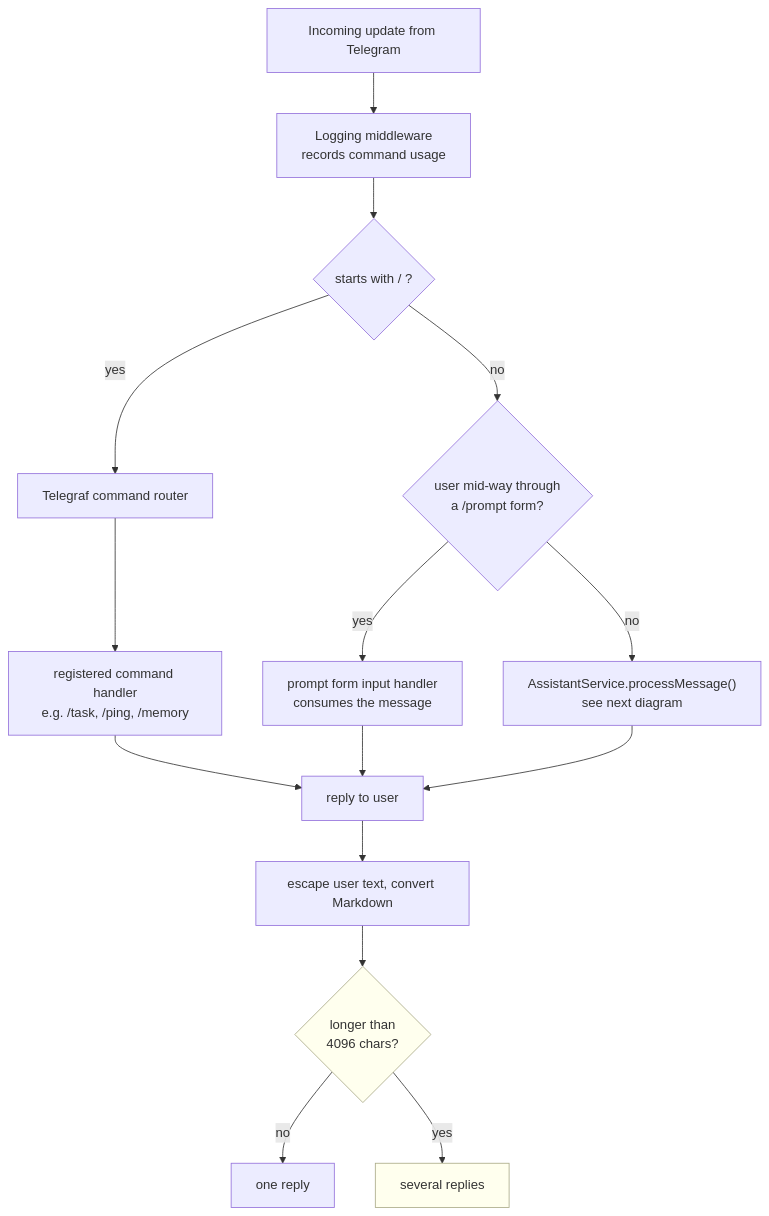
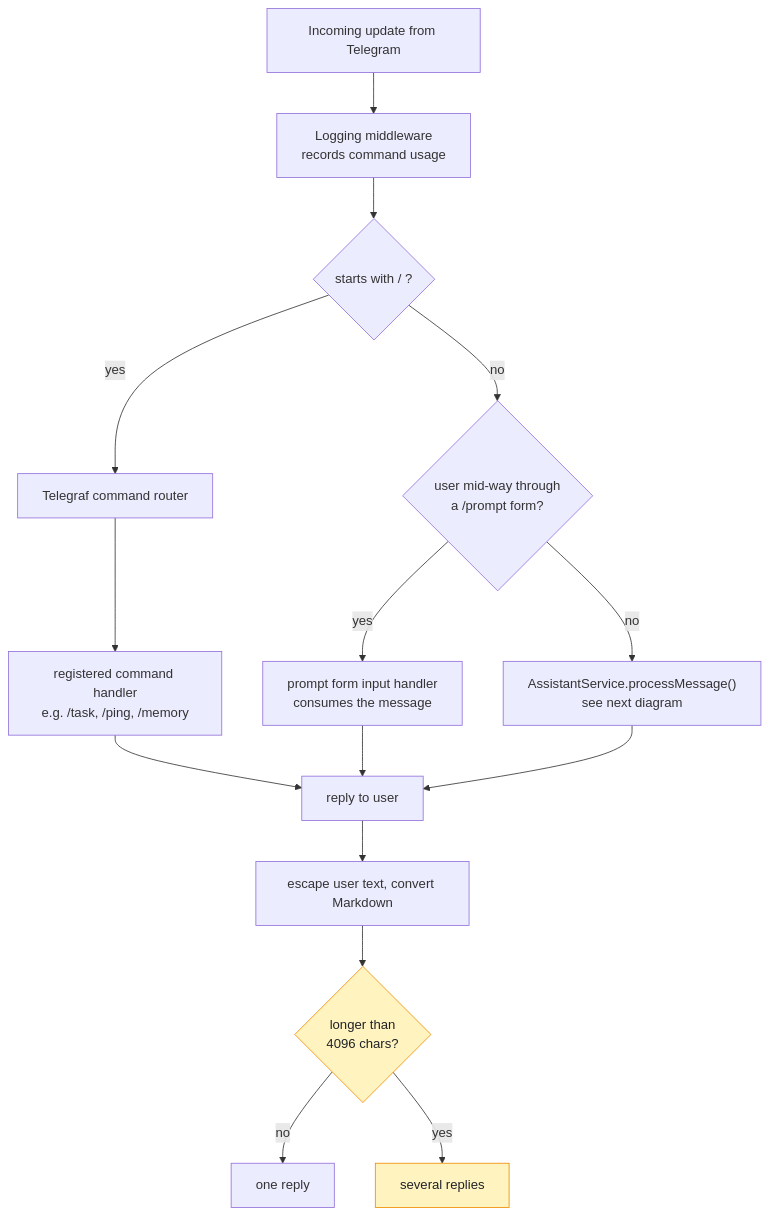
Before and after one commit to e1010101/my-helper: the third of 11 diagrams in docs/architecture.md, drawn with Mermaid. The commit also changed other lines of this file and 9 other files, not shown here.

First line of the commit message:
docs: add GitNexus guidance and correct architecture gaps

````diff
--- a/docs/architecture.md
+++ b/docs/architecture.md
@@ -166,26 +166,26 @@
 ```mermaid
 flowchart TD
     Update["Incoming update from Telegram"]
 
     Update --> Middleware["Logging middleware<br/>records command usage"]
     Middleware --> IsCommand{"starts with / ?"}
 
     IsCommand -->|yes| Router["Telegraf command router"]
     Router --> Command["registered command handler<br/>e.g. /task, /ping, /memory"]
 
     IsCommand -->|no| PromptFlow{"user mid-way through<br/>a /prompt form?"}
     PromptFlow -->|yes| Form["prompt form input handler<br/>consumes the message"]
     PromptFlow -->|no| AssistantLoop["AssistantService.processMessage()<br/>see next diagram"]
 
     Command --> Reply["reply to user"]
     Form --> Reply
     AssistantLoop --> Reply
 
     Reply --> Escape["escape user text, convert Markdown"]
     Escape --> Split{"longer than<br/>4096 chars?"}
     Split -->|no| Send["one reply"]
     Split -->|yes| SendMany["several replies"]
 
-    classDef bg fill:#ffe,stroke:#aa8
+    classDef bg fill:#fff3bf,stroke:#f08c00,color:#1f2328
     class Split,SendMany bg
 ```
````
